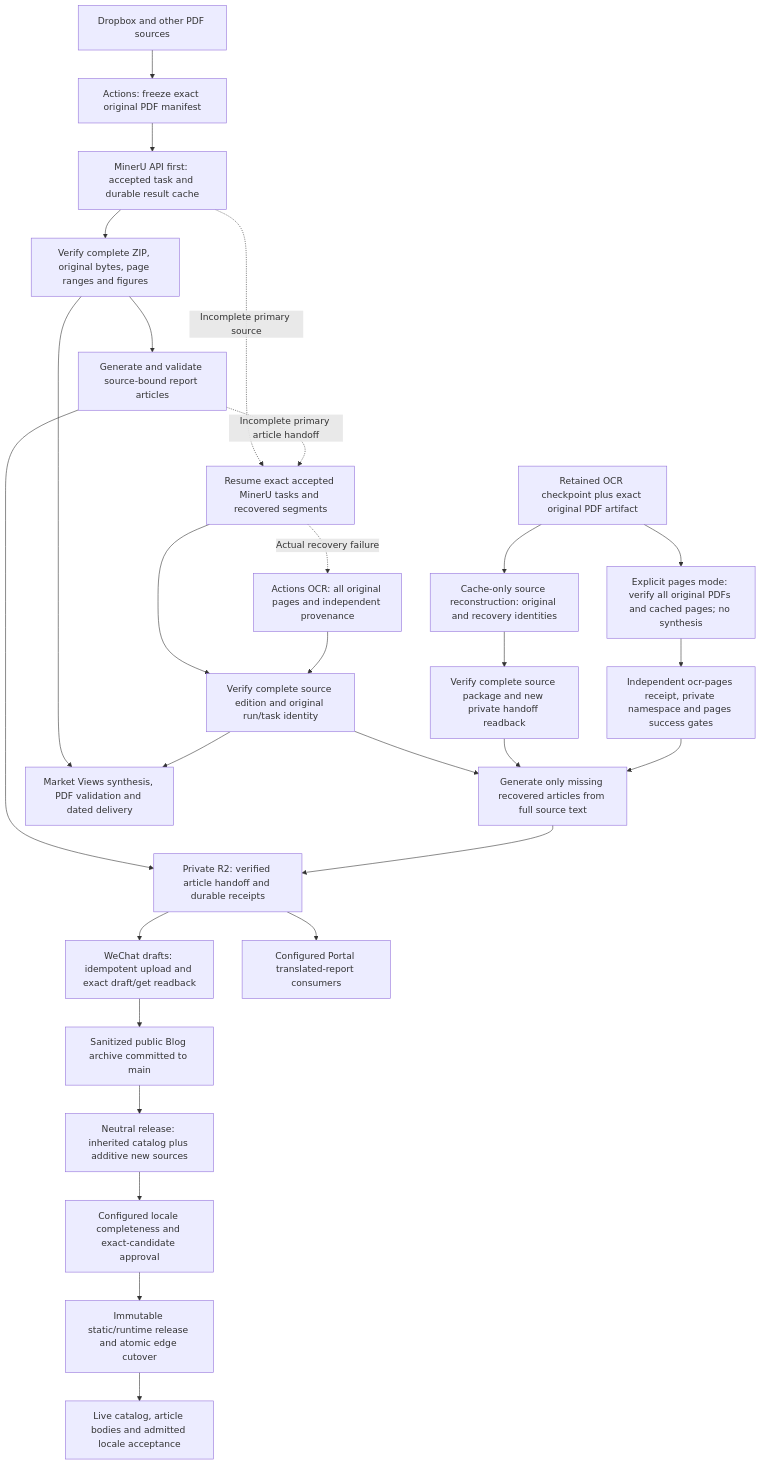
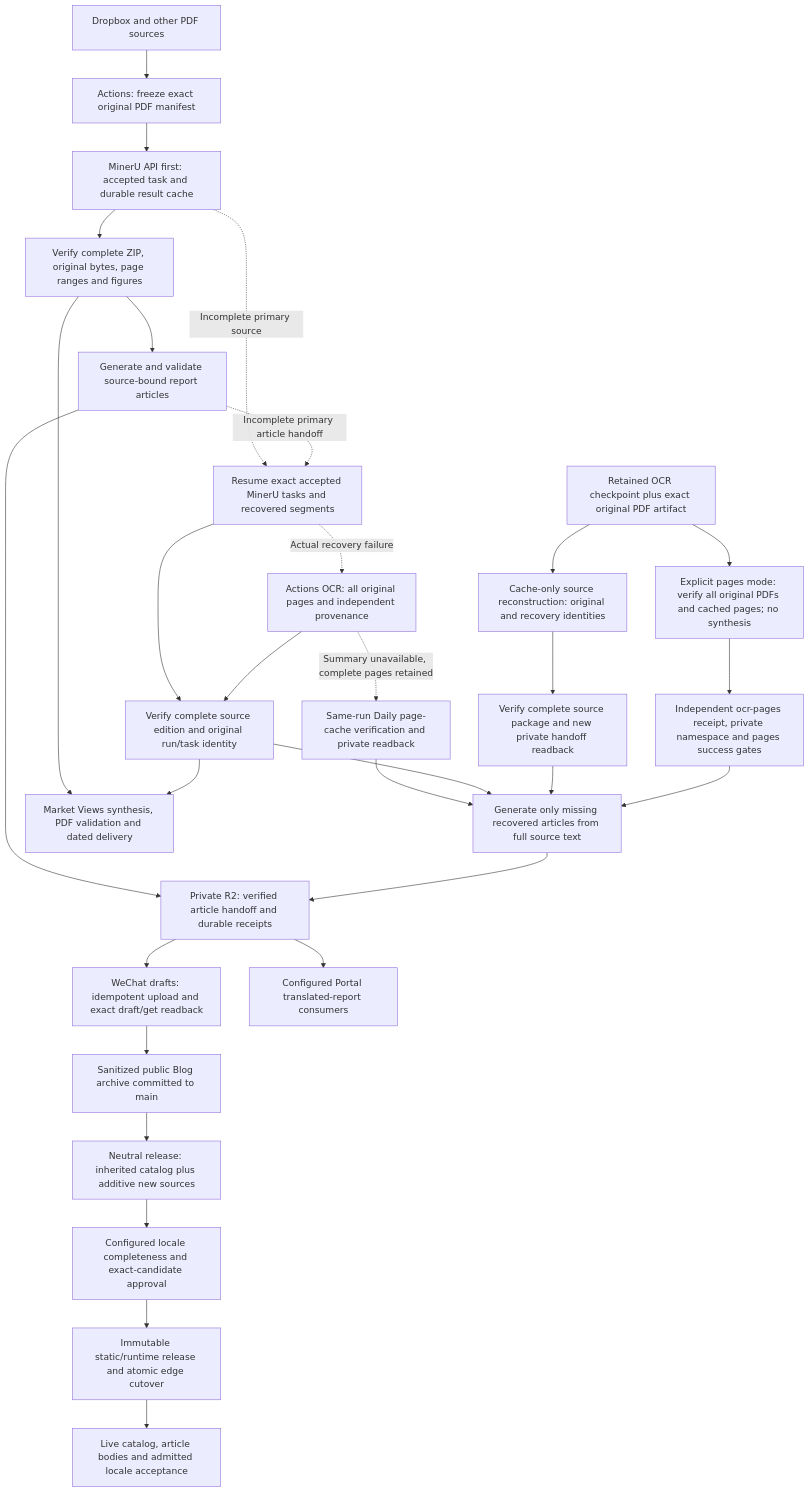
Before and after one commit to yt-feng/rpt_edit: the diagram in docs/pipeline-overview-v2.md, drawn with Mermaid. The commit also changed other lines of this file and 11 other files, not shown here.

First line of the commit message:
Resume Daily article delivery from complete cached OCR pages

````diff
--- a/docs/pipeline-overview-v2.md
+++ b/docs/pipeline-overview-v2.md
@@ -23,30 +23,32 @@
 ```mermaid
 flowchart TD
   A["Dropbox and other PDF sources"] --> B["Actions: freeze exact original PDF manifest"]
   B --> C["MinerU API first: accepted task and durable result cache"]
   C --> D["Verify complete ZIP, original bytes, page ranges and figures"]
   D --> E["Generate and validate source-bound report articles"]
   C -. "Incomplete primary source" .-> R["Resume exact accepted MinerU tasks and recovered segments"]
   E -. "Incomplete primary article handoff" .-> R
   R --> V["Verify complete source edition and original run/task identity"]
   R -. "Actual recovery failure" .-> O["Actions OCR: all original pages and independent provenance"]
   O --> V
+  O -. "Summary unavailable, complete pages retained" .-> DP["Same-run Daily page-cache verification and private readback"]
+  DP --> Q
   V --> Q["Generate only missing recovered articles from full source text"]
   OC["Retained OCR checkpoint plus exact original PDF artifact"] --> CR["Cache-only source reconstruction: original and recovery identities"]
   CR --> CG["Verify complete source package and new private handoff readback"]
   CG --> Q
   OC --> CP["Explicit pages mode: verify all original PDFs and cached pages; no synthesis"]
   CP --> PG["Independent ocr-pages receipt, private namespace and pages success gates"]
   PG --> Q
   E --> F["Private R2: verified article handoff and durable receipts"]
   Q --> F
   F --> W["WeChat drafts: idempotent upload and exact draft/get readback"]
   F --> T["Configured Portal translated-report consumers"]
   W --> H["Sanitized public Blog archive committed to main"]
   D --> M["Market Views synthesis, PDF validation and dated delivery"]
   V --> M
   H --> N["Neutral release: inherited catalog plus additive new sources"]
   N --> L["Configured locale completeness and exact-candidate approval"]
   L --> S["Immutable static/runtime release and atomic edge cutover"]
   S --> U["Live catalog, article bodies and admitted locale acceptance"]
 ```
````
